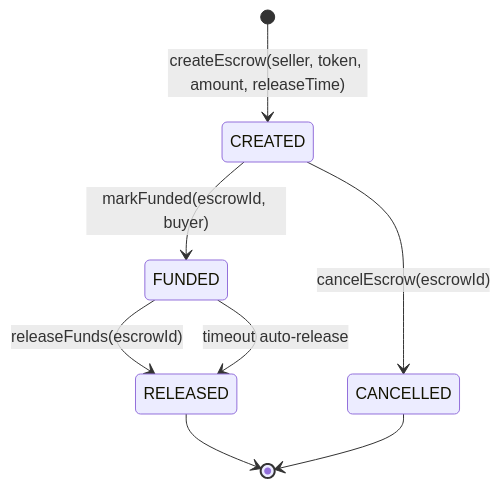
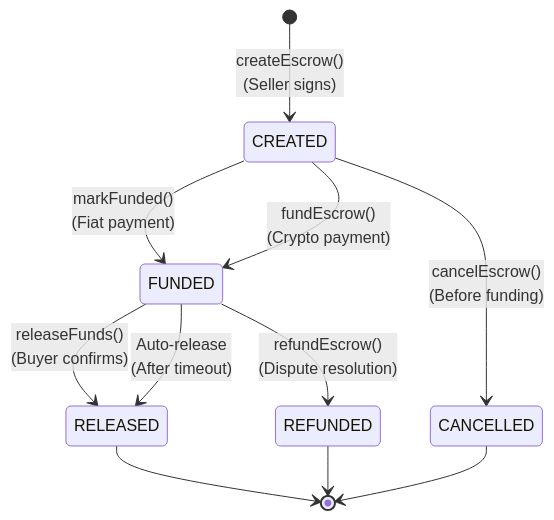
One commit to pramadanif/vouch changed the second of 4 diagrams in README.md. Above: the diagram before and after it, drawn with Mermaid. The commit also changed other lines of this file, not shown here.

````diff
--- a/README.md
+++ b/README.md
@@ -124,10 +229,17 @@
 ```mermaid
 stateDiagram-v2
-    [*] --> CREATED: createEscrow(seller, token, amount, releaseTime)
-    CREATED --> FUNDED: markFunded(escrowId, buyer)
-    FUNDED --> RELEASED: releaseFunds(escrowId)
-    FUNDED --> RELEASED: timeout auto-release
-    CREATED --> CANCELLED: cancelEscrow(escrowId)
+    [*] --> CREATED: createEscrow()<br/>(Seller signs)
+    
+    CREATED --> FUNDED: markFunded()<br/>(Fiat payment)
+    CREATED --> FUNDED: fundEscrow()<br/>(Crypto payment)
+    
+    FUNDED --> RELEASED: releaseFunds()<br/>(Buyer confirms)
+    FUNDED --> RELEASED: Auto-release<br/>(After timeout)
+    
+    CREATED --> CANCELLED: cancelEscrow()<br/>(Before funding)
+    FUNDED --> REFUNDED: refundEscrow()<br/>(Dispute resolution)
+    
     RELEASED --> [*]
     CANCELLED --> [*]
+    REFUNDED --> [*]
 ```
````
